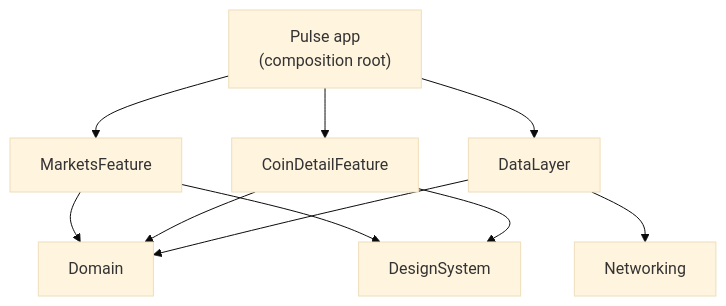
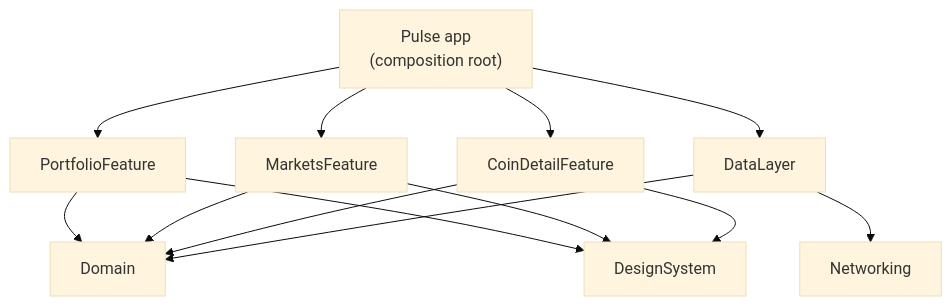
The diagram in README.md (Irenapoghosian/pulse-crypto), drawn with Mermaid (base theme) before and after one commit. The commit also changed other lines of this file and 17 other files, not shown here.

Commit message:
Add portfolio with SwiftData, allocation chart and add-from-anywhere

````diff
--- a/README.md
+++ b/README.md
@@ -34,12 +37,15 @@
 ```mermaid
 flowchart TD
     App["Pulse app<br/>(composition root)"] --> Markets[MarketsFeature]
     App --> Detail[CoinDetailFeature]
+    App --> Portfolio[PortfolioFeature]
     App --> DataLayer
+    Portfolio --> Domain
+    Portfolio --> DS
     Markets --> Domain
     Detail --> Domain
     Markets --> DS[DesignSystem]
     Detail --> DS
     DataLayer --> Domain
     DataLayer --> Networking
 ```
````
